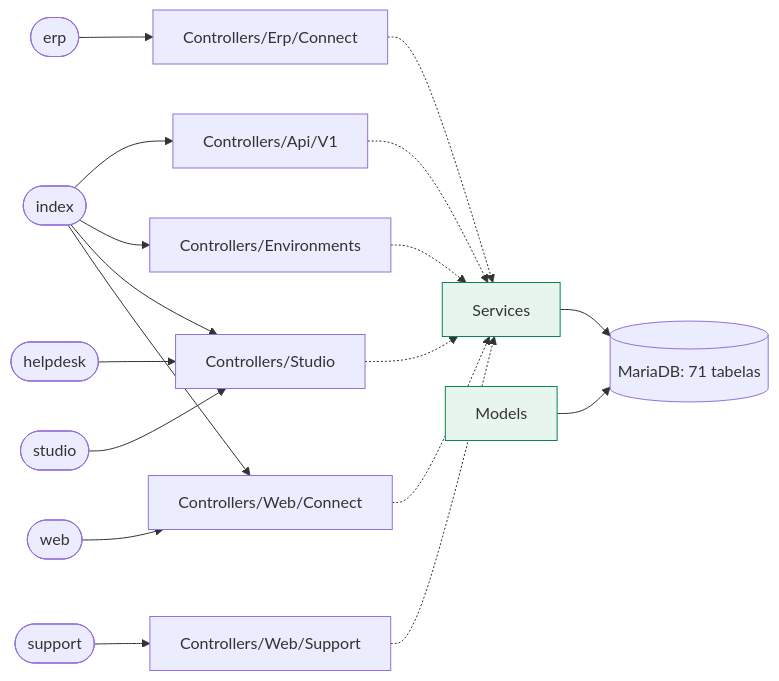
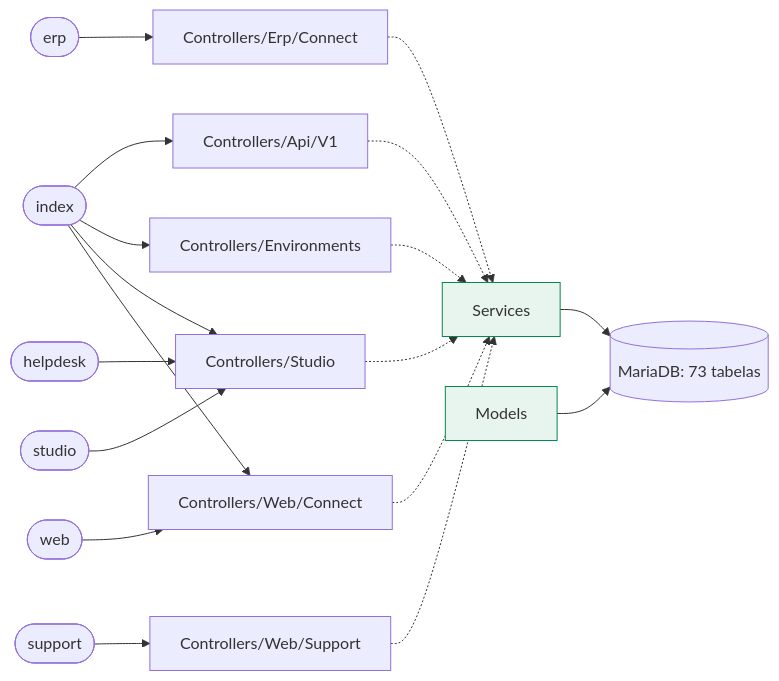
The first of 2 diagrams in docs/map/README.md (djalmamartins/connect-erp), drawn with Mermaid before and after one commit. The commit also changed other lines of this file and 1 other file, not shown here.

````diff
--- a/docs/map/README.md
+++ b/docs/map/README.md
@@ -13,30 +13,30 @@
 ```mermaid
 flowchart LR
   env_erp(["erp"])
   env_erp --> pkg_Controllers_Erp_Connect["Controllers/Erp/Connect"]
   env_helpdesk(["helpdesk"])
   env_helpdesk --> pkg_Controllers_Studio["Controllers/Studio"]
   env_index(["index"])
   env_index --> pkg_Controllers_Api_V1["Controllers/Api/V1"]
   env_index --> pkg_Controllers_Environments["Controllers/Environments"]
   env_index --> pkg_Controllers_Studio["Controllers/Studio"]
   env_index --> pkg_Controllers_Web_Connect["Controllers/Web/Connect"]
   env_studio(["studio"])
   env_studio --> pkg_Controllers_Studio["Controllers/Studio"]
   env_support(["support"])
   env_support --> pkg_Controllers_Web_Support["Controllers/Web/Support"]
   env_web(["web"])
   env_web --> pkg_Controllers_Web_Connect["Controllers/Web/Connect"]
   pkg_svc["Services"]:::svc
   pkg_mdl["Models"]:::svc
-  db[("MariaDB: 71 tabelas")]
+  db[("MariaDB: 73 tabelas")]
   pkg_Controllers_Api_V1 -.-> pkg_svc
   pkg_Controllers_Environments -.-> pkg_svc
   pkg_Controllers_Erp_Connect -.-> pkg_svc
   pkg_Controllers_Studio -.-> pkg_svc
   pkg_Controllers_Web_Connect -.-> pkg_svc
   pkg_Controllers_Web_Support -.-> pkg_svc
   pkg_svc --> db
   pkg_mdl --> db
   classDef svc fill:#e8f5ee,stroke:#07884c
 ```
````
